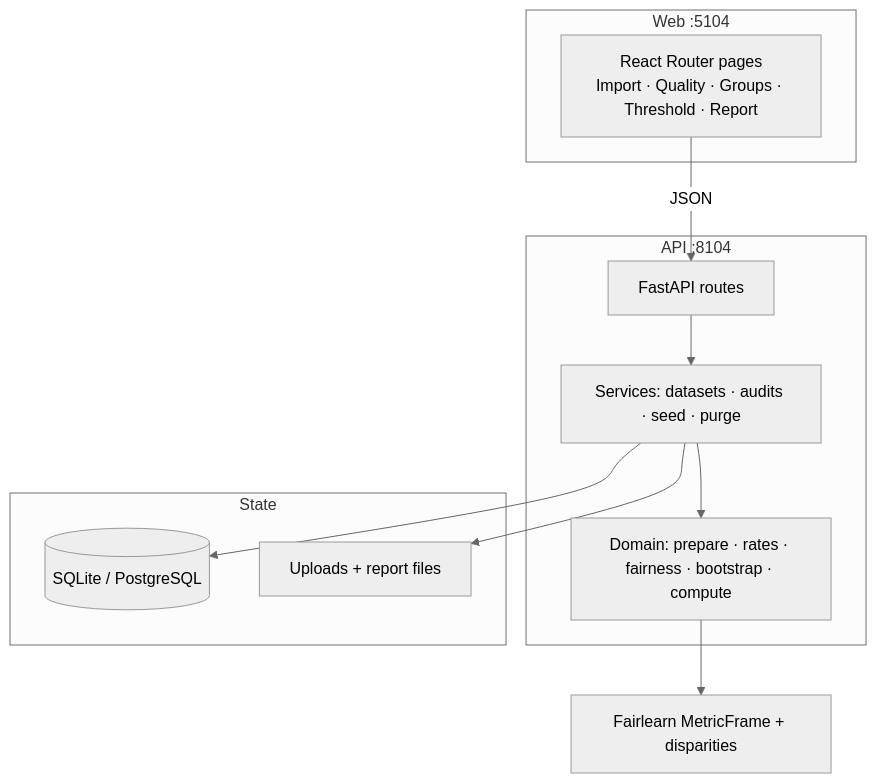
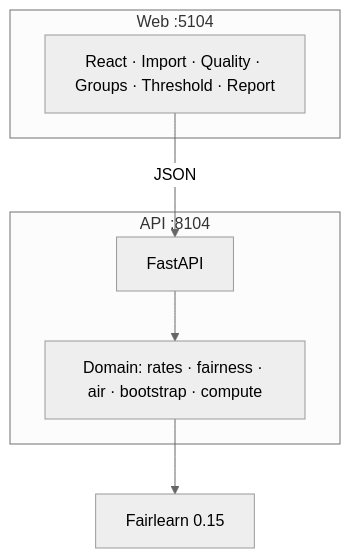
The diagram in README.md (hasanhuseyinyetkiner/fairhire-audit), drawn with Mermaid (neutral theme) before and after one commit. The commit also changed other lines of this file and 12 other files, not shown here.

````diff
--- a/README.md
+++ b/README.md
@@ -115,20 +48,13 @@
 ```mermaid
 flowchart TB
   subgraph client [Web :5104]
-    UI[React Router pages<br/>Import · Quality · Groups · Threshold · Report]
+    UI[React · Import · Quality · Groups · Threshold · Report]
   end
   subgraph api [API :8104]
-    HTTP[FastAPI routes]
-    SVC[Services: datasets · audits · seed · purge]
-    DOM[Domain: prepare · rates · fairness · bootstrap · compute]
-    HTTP --> SVC --> DOM
-  end
-  subgraph data [State]
-    DB[(SQLite / PostgreSQL)]
-    FS[Uploads + report files]
+    HTTP[FastAPI]
+    DOM[Domain: rates · fairness · air · bootstrap · compute]
+    HTTP --> DOM
   end
   UI -->|JSON| HTTP
-  SVC --> DB
-  SVC --> FS
-  DOM --> FL[Fairlearn MetricFrame + disparities]
+  DOM --> FL[Fairlearn 0.15]
 ```
````
